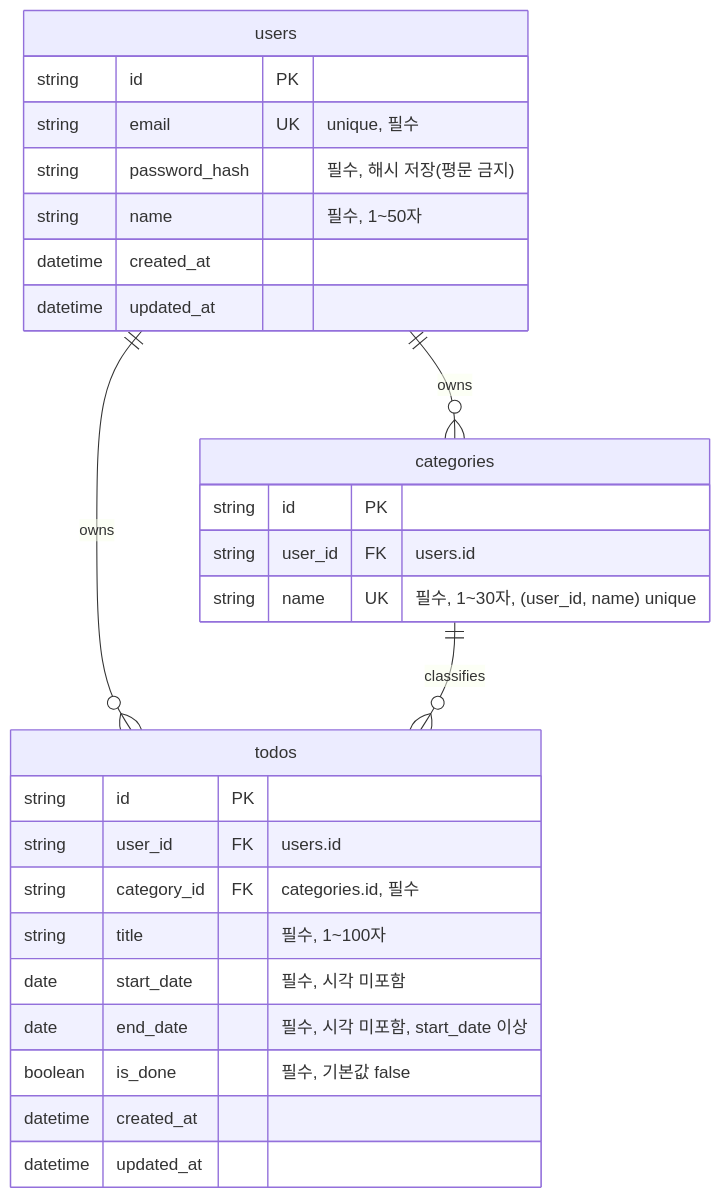
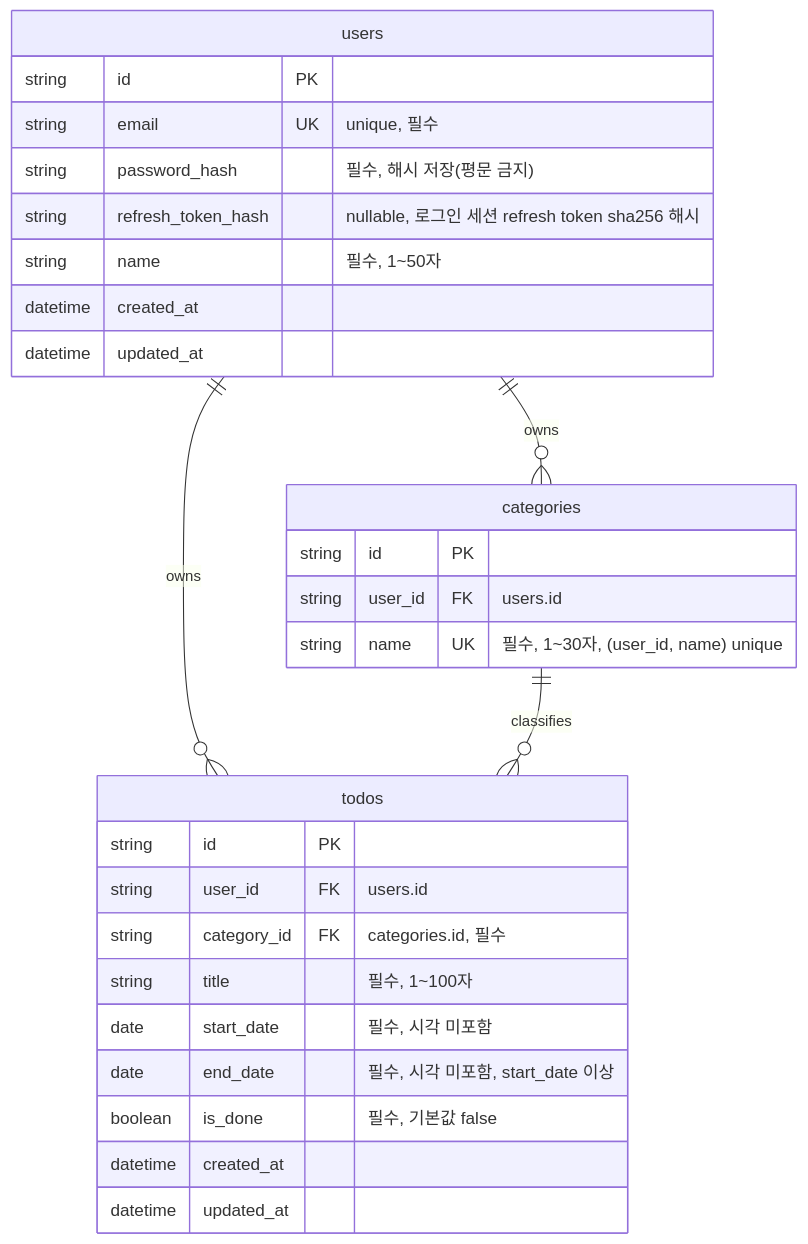
The diagram in docs/7-erd.md (pjs2ung/my-todolist), drawn with Mermaid before and after one commit. The commit also changed other lines of this file and 41 other files, not shown here.

````diff
--- a/docs/7-erd.md
+++ b/docs/7-erd.md
@@ -18,33 +19,34 @@
 ```mermaid
 erDiagram
     users ||--o{ categories : "owns"
     users ||--o{ todos : "owns"
     categories ||--o{ todos : "classifies"
 
     users {
         string id PK
         string email UK "unique, 필수"
         string password_hash "필수, 해시 저장(평문 금지)"
+        string refresh_token_hash "nullable, 로그인 세션 refresh token sha256 해시"
         string name "필수, 1~50자"
         datetime created_at
         datetime updated_at
     }
 
     categories {
         string id PK
         string user_id FK "users.id"
         string name UK "필수, 1~30자, (user_id, name) unique"
     }
 
     todos {
         string id PK
         string user_id FK "users.id"
         string category_id FK "categories.id, 필수"
         string title "필수, 1~100자"
         date start_date "필수, 시각 미포함"
         date end_date "필수, 시각 미포함, start_date 이상"
         boolean is_done "필수, 기본값 false"
         datetime created_at
         datetime updated_at
     }
 ```
````
